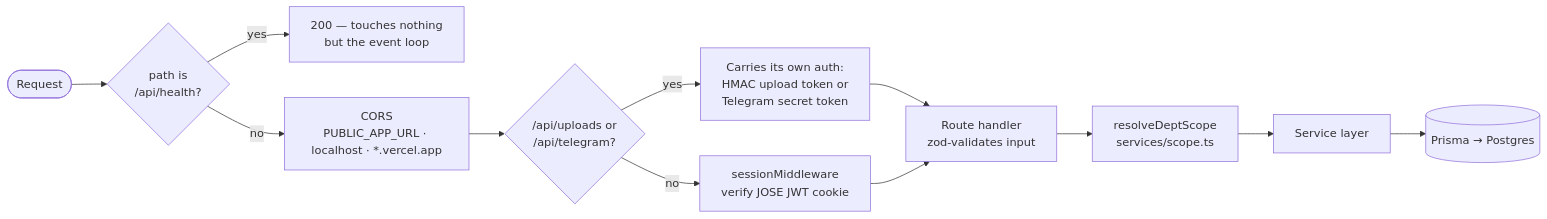
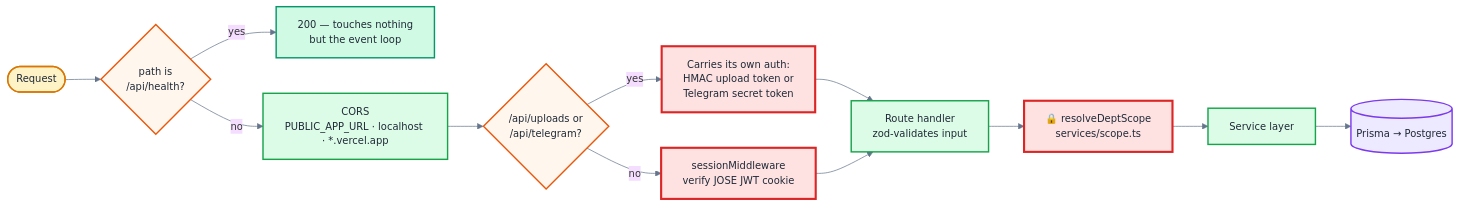
One commit to khushboocodes/Nivaran changed the second of 7 diagrams in README.md. Above: the diagram before and after it, drawn with Mermaid. The commit also changed other lines of this file, not shown here.

First line of the commit message:
docs(readme): colour the diagrams, document every Google call site, expand history

````diff
--- a/README.md
+++ b/README.md
@@ -245,14 +362,29 @@
 ```mermaid
+%%{init: {'theme':'base','themeVariables':{'fontSize':'14px','lineColor':'#64748b'}}}%%
 graph LR
     REQ(["Request"]) --> H{"path is<br/>/api/health?"}
     H -->|yes| HOK["200 — touches nothing<br/>but the event loop"]
     H -->|no| CORS["CORS<br/>PUBLIC_APP_URL · localhost · *.vercel.app"]
     CORS --> PRE{"/api/uploads or<br/>/api/telegram?"}
     PRE -->|yes| OWN["Carries its own auth:<br/>HMAC upload token or<br/>Telegram secret token"]
     PRE -->|no| SESS["sessionMiddleware<br/>verify JOSE JWT cookie"]
     OWN --> ROUTE["Route handler<br/>zod-validates input"]
     SESS --> ROUTE
-    ROUTE --> SCOPE["resolveDeptScope<br/>services/scope.ts"]
+    ROUTE --> SCOPE["🔒 resolveDeptScope<br/>services/scope.ts"]
     SCOPE --> SVC["Service layer"]
     SVC --> DB[("Prisma → Postgres")]
+
+    classDef entry fill:#fef3c7,stroke:#d97706,stroke-width:2px,color:#1f2937
+    classDef gate fill:#fff7ed,stroke:#ea580c,stroke-width:2px,color:#1f2937
+    classDef security fill:#fee2e2,stroke:#dc2626,stroke-width:3px,color:#1f2937
+    classDef api fill:#dcfce7,stroke:#16a34a,stroke-width:2px,color:#1f2937
+    classDef store fill:#ede9fe,stroke:#7c3aed,stroke-width:2px,color:#1f2937
+    classDef ok fill:#d1fae5,stroke:#059669,stroke-width:2px,color:#1f2937
+
+    class REQ entry
+    class H,PRE gate
+    class OWN,SESS,SCOPE security
+    class CORS,ROUTE,SVC api
+    class DB store
+    class HOK ok
 ```
````
